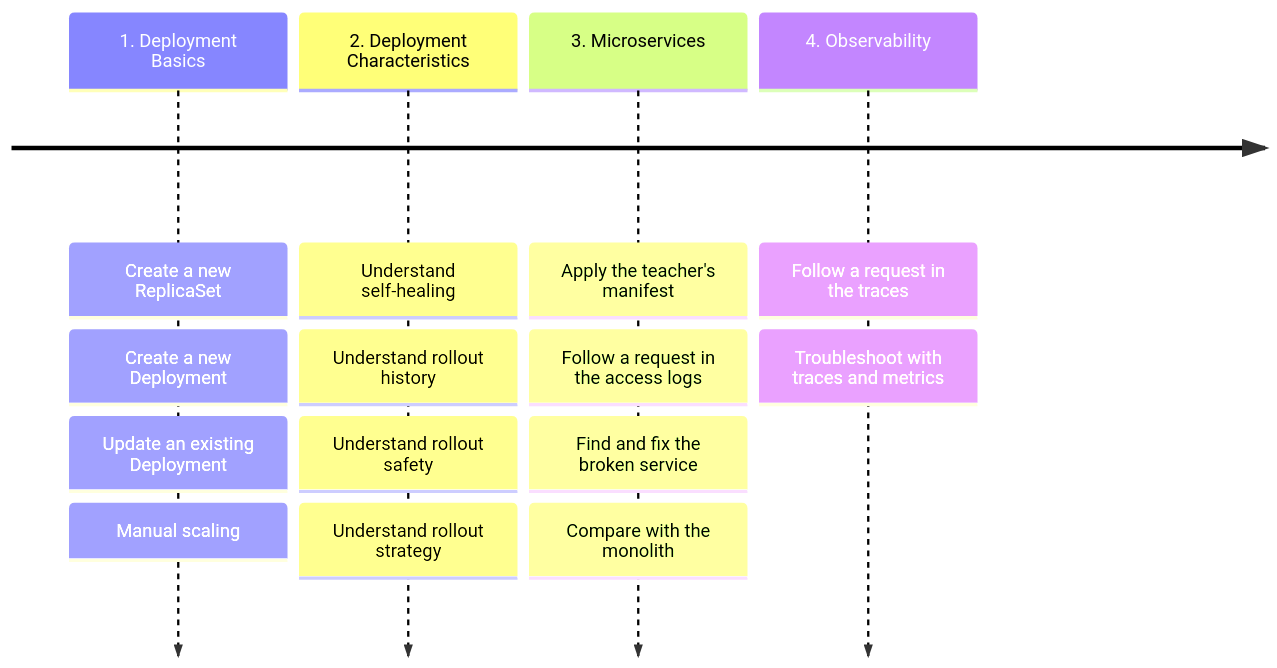
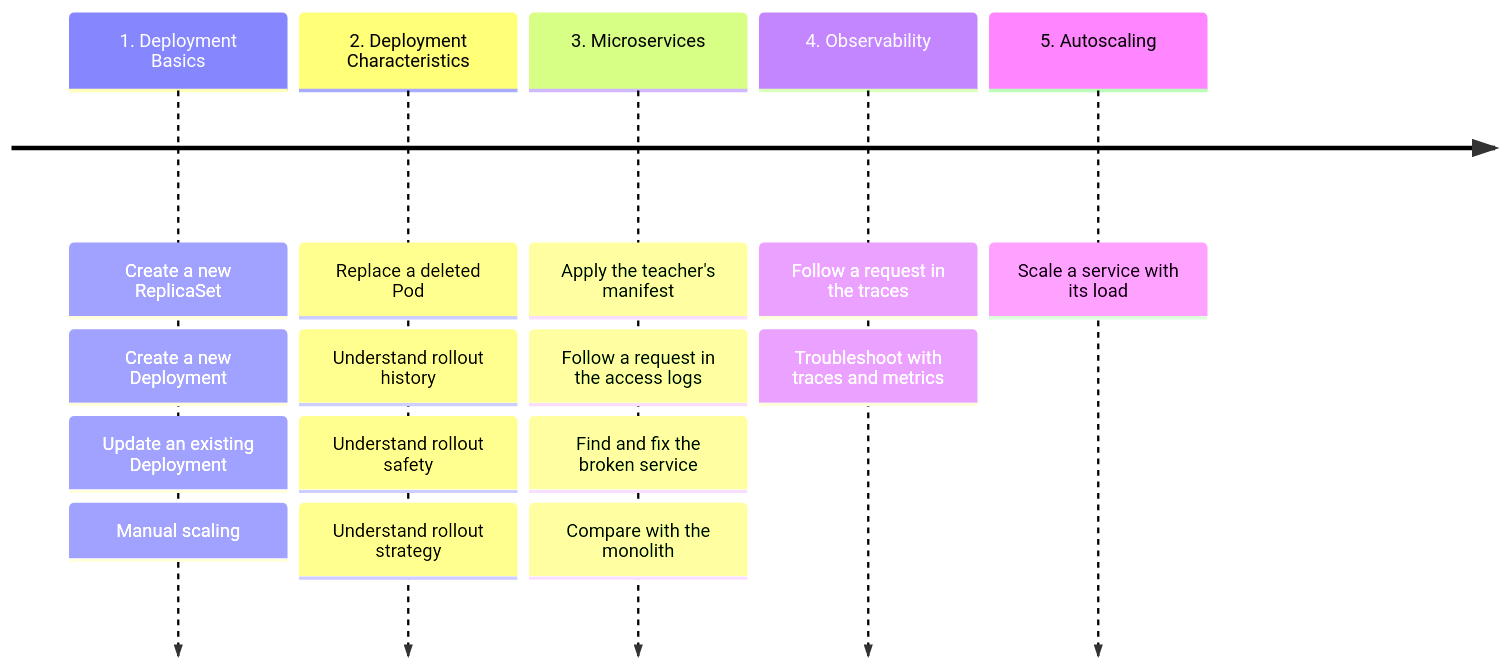
The diagram in docs/lab-3.md (mincong-classroom/containers), drawn with Mermaid before and after one commit. The commit also changed other lines of this file and 2 other files, not shown here.

Commit message:
[L3][L5] Update Lab 3: the comparison and the autoscaling as their own exercises (#24)

````diff
--- a/docs/lab-3.md
+++ b/docs/lab-3.md
@@ -13,21 +13,23 @@
 ``` mermaid
 timeline
     1. Deployment Basics
         : Create a new ReplicaSet
         : Create a new Deployment
         : Update an existing Deployment
         : Manual scaling
     2. Deployment Characteristics
-        : Understand self-healing
+        : Replace a deleted Pod
         : Understand rollout history
         : Understand rollout safety
         : Understand rollout strategy
     3. Microservices
         : Apply the teacher's manifest
         : Follow a request in the access logs
         : Find and fix the broken service
         : Compare with the monolith
     4. Observability
         : Follow a request in the traces
         : Troubleshoot with traces and metrics
+    5. Autoscaling
+        : Scale a service with its load
 ```
````
